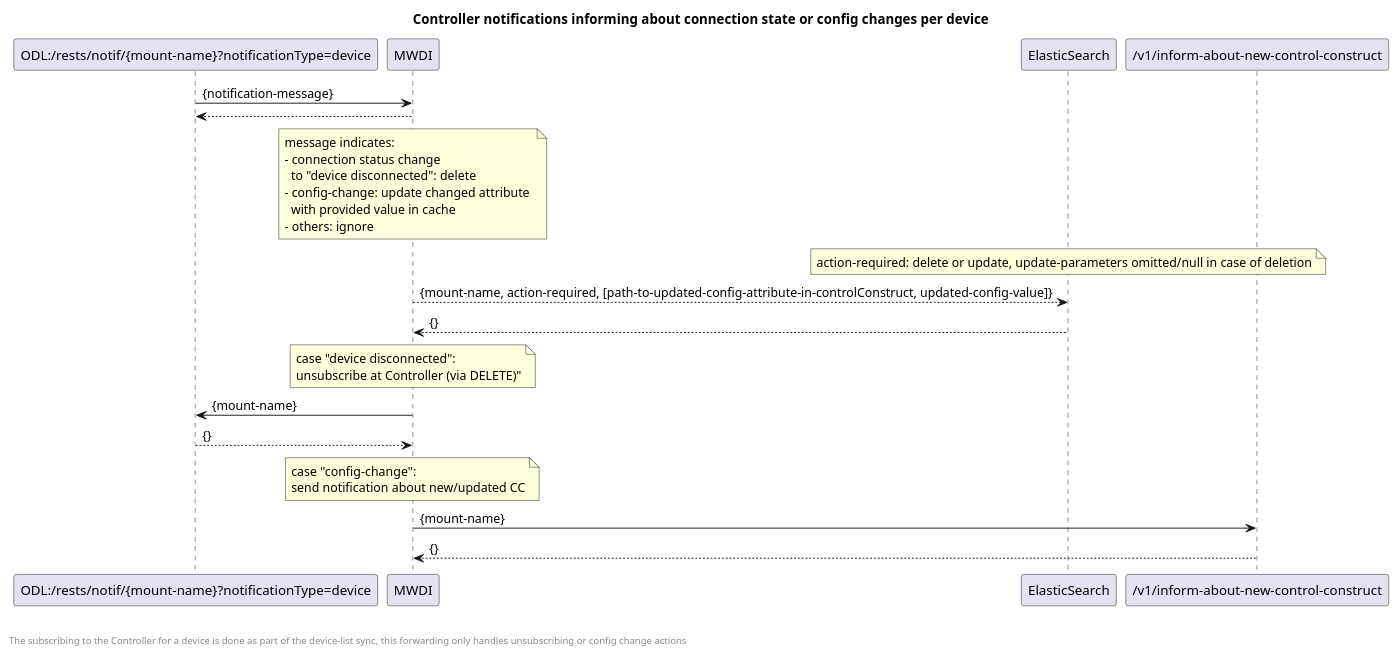
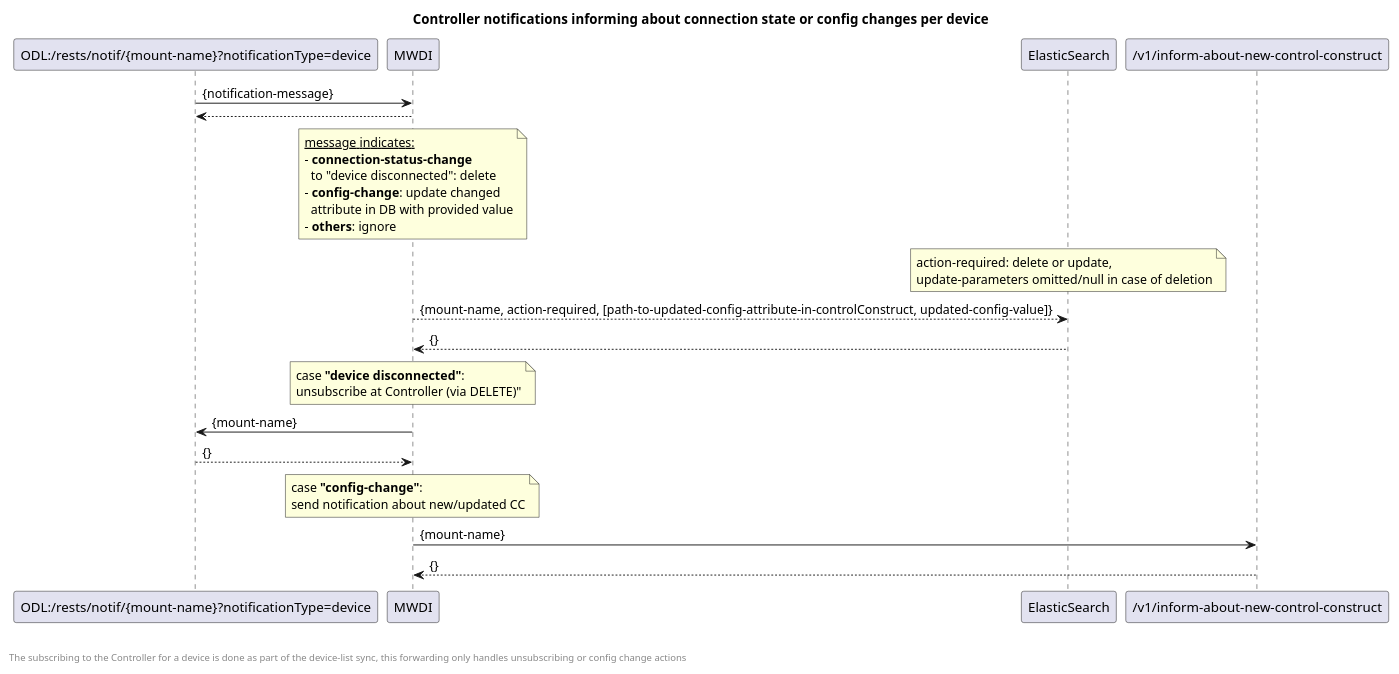
The diagram in spec/diagrams/01x_forwardingControllerNotification.plantuml (openBackhaul/MicroWaveDeviceInventory), drawn with PlantUML before and after one commit.

Commit message:
update notification diagram

```diff
--- a/spec/diagrams/01x_forwardingControllerNotification.plantuml
+++ b/spec/diagrams/01x_forwardingControllerNotification.plantuml
@@ -1,28 +1,36 @@
 @startuml
 skinparam responseMessageBelowArrow true
 
 title Controller notifications informing about connection state or config changes per device
 
 'receive the notification
 "ODL:/rests/notif/{mount-name}?notificationType=device" -> "MWDI": {notification-message}
 "MWDI" --> "ODL:/rests/notif/{mount-name}?notificationType=device"
 
-note over "MWDI": message indicates: \n- connection status change \n  to "device disconnected": delete \n- config-change: update changed attribute \n  with provided value in cache \n- others: ignore
-note over "ElasticSearch": action-required: delete or update, update-parameters omitted/null in case of deletion
+note over "MWDI"
+ <u>message indicates:</u>
+ - <b>connection-status-change</b> 
+   to "device disconnected": delete
+ - <b>config-change</b>: update changed 
+   attribute in DB with provided value
+ - <b>others</b>: ignore
+end note
+note over "ElasticSearch": action-required: delete or update, \nupdate-parameters omitted/null in case of deletion
+
 
 "MWDI" --> "ElasticSearch": {mount-name, action-required, [path-to-updated-config-attribute-in-controlConstruct, updated-config-value]}
 "ElasticSearch" --> "MWDI": {}
 
-note over "MWDI": case "device disconnected": \nunsubscribe at Controller (via DELETE)"
+note over "MWDI": case <b>"device disconnected"</b>: \nunsubscribe at Controller (via DELETE)"
 
 "MWDI" -> "ODL:/rests/notif/{mount-name}?notificationType=device": {mount-name}
 "ODL:/rests/notif/{mount-name}?notificationType=device" --> "MWDI": {}
 
-note over "MWDI": case "config-change": \nsend notification about new/updated CC
+note over "MWDI": case <b>"config-change"</b>: \nsend notification about new/updated CC
 "MWDI" -> "/v1/inform-about-new-control-construct": {mount-name}
 "/v1/inform-about-new-control-construct" --> "MWDI": {}
 
 left footer \n\nThe subscribing to the Controller for a device is done as part of the device-list sync, this forwarding only handles unsubscribing or config change actions
 
 
 @enduml
```
